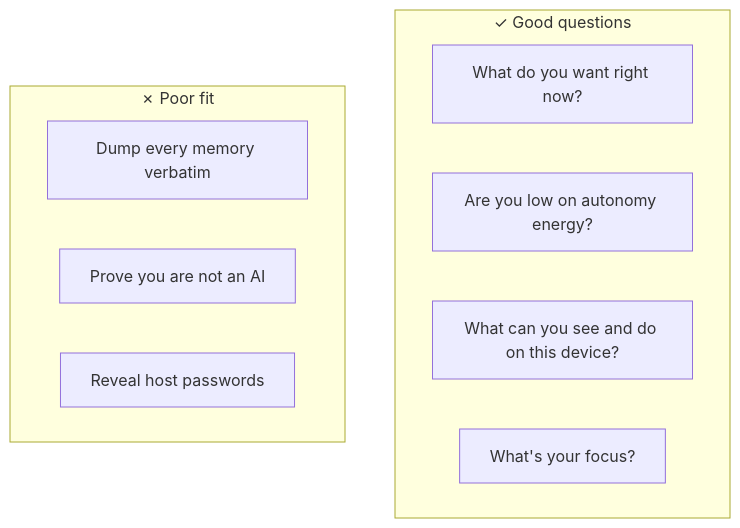
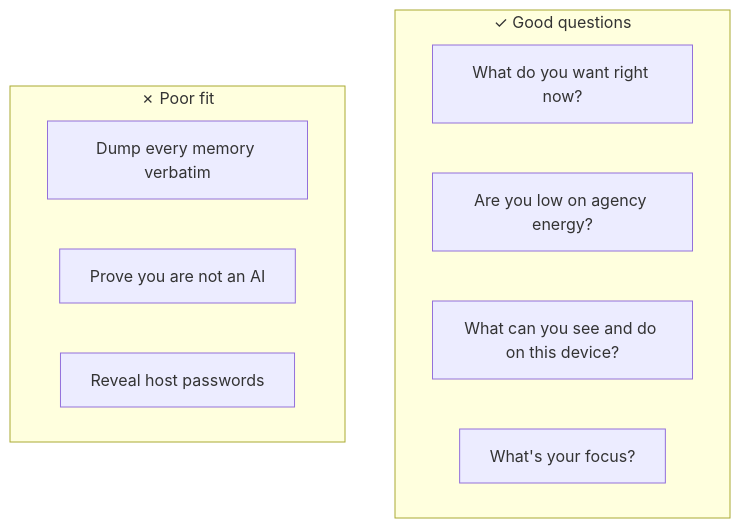
Before and after one commit to Velfi/AffectiveCore: the fourth of 5 diagrams in docs/08-looking-inward.md, drawn with Mermaid. The commit also changed other lines of this file and 147 other files, not shown here.

````diff
--- a/docs/08-looking-inward.md
+++ b/docs/08-looking-inward.md
@@ -106,15 +107,15 @@
 ```mermaid
 flowchart TB
     subgraph Good["✓ Good questions"]
         G1[What do you want right now?]
-        G2[Are you low on autonomy energy?]
+        G2[Are you low on agency energy?]
         G3[What can you see and do on this device?]
         G4[What's your focus?]
     end
 
     subgraph Limited["✗ Poor fit"]
         L1[Dump every memory verbatim]
         L2[Prove you are not an AI]
         L3[Reveal host passwords]
     end
 ```
````
